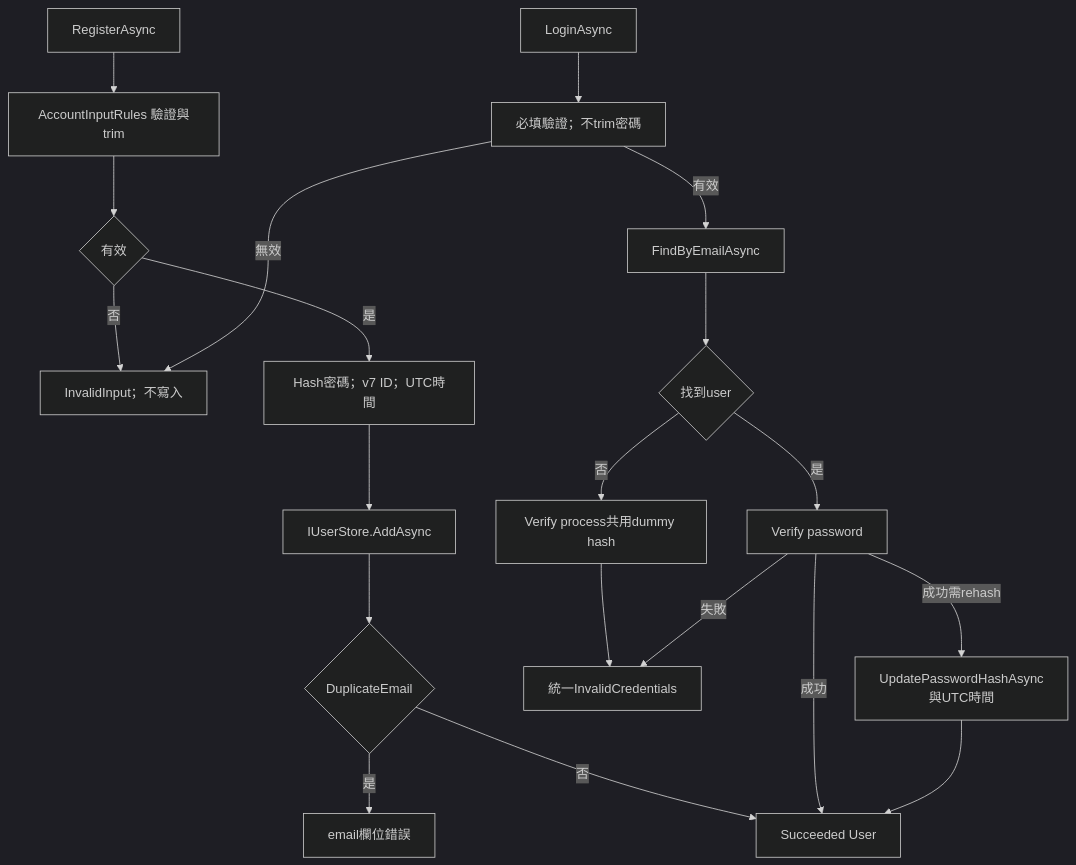
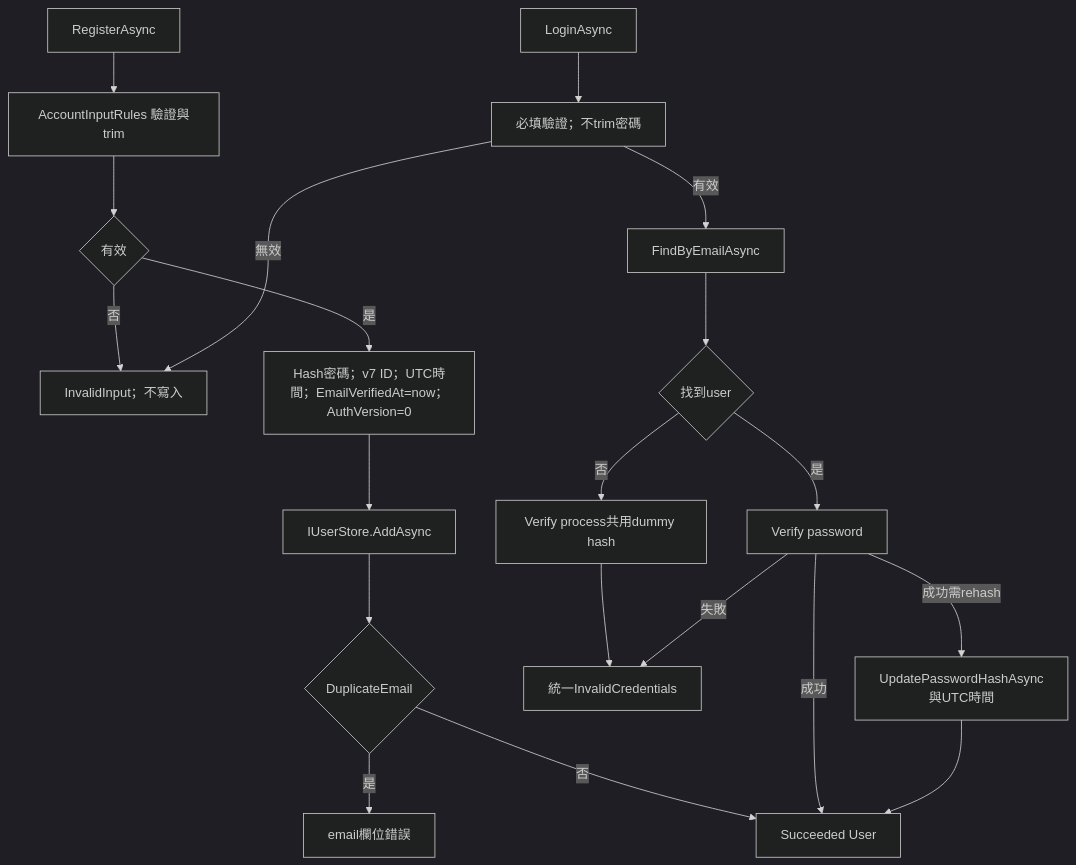
One commit to Arthur801/Book-Finder changed the fourth of 10 diagrams in Application/docs/workflow-diagram.md. Above: the diagram before and after it, drawn with Mermaid (dark theme). The commit also changed 13 other files, not shown here.

First line of the commit message:
docs(identity): record email verification schema in module docs (B1)

````diff
--- a/Application/docs/workflow-diagram.md
+++ b/Application/docs/workflow-diagram.md
@@ -85,22 +85,22 @@
 ```mermaid
 flowchart TD
   REG[RegisterAsync] --> RULE[AccountInputRules 驗證與trim]
   RULE --> VALID{有效}
   VALID -->|否| ERROR[InvalidInput；不寫入]
-  VALID -->|是| HASH[Hash密碼；v7 ID；UTC時間]
+  VALID -->|是| HASH[Hash密碼；v7 ID；UTC時間；EmailVerifiedAt=now；AuthVersion=0]
   HASH --> ADD[IUserStore.AddAsync]
   ADD --> DUP{DuplicateEmail}
   DUP -->|是| EMAIL[email欄位錯誤]
   DUP -->|否| OK[Succeeded User]
   LOGIN[LoginAsync] --> LV[必填驗證；不trim密碼]
   LV -->|無效| ERROR
   LV -->|有效| FIND[FindByEmailAsync]
   FIND --> FOUND{找到user}
   FOUND -->|否| DUMMY[Verify process共用dummy hash]
   DUMMY --> BAD[統一InvalidCredentials]
   FOUND -->|是| VERIFY[Verify password]
   VERIFY -->|失敗| BAD
   VERIFY -->|成功需rehash| UPDATE[UpdatePasswordHashAsync與UTC時間]
   VERIFY -->|成功| OK
   UPDATE --> OK
 ```
````
